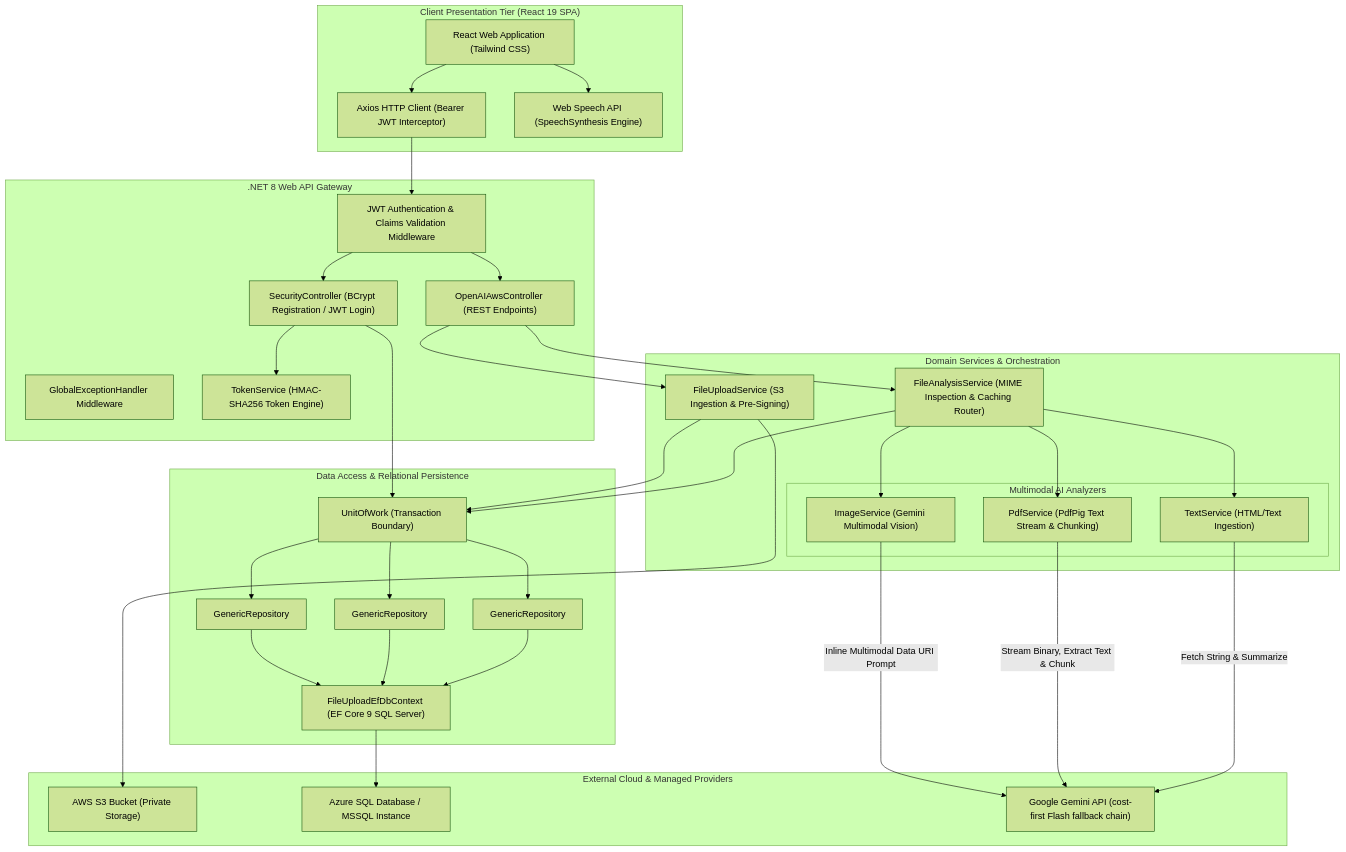
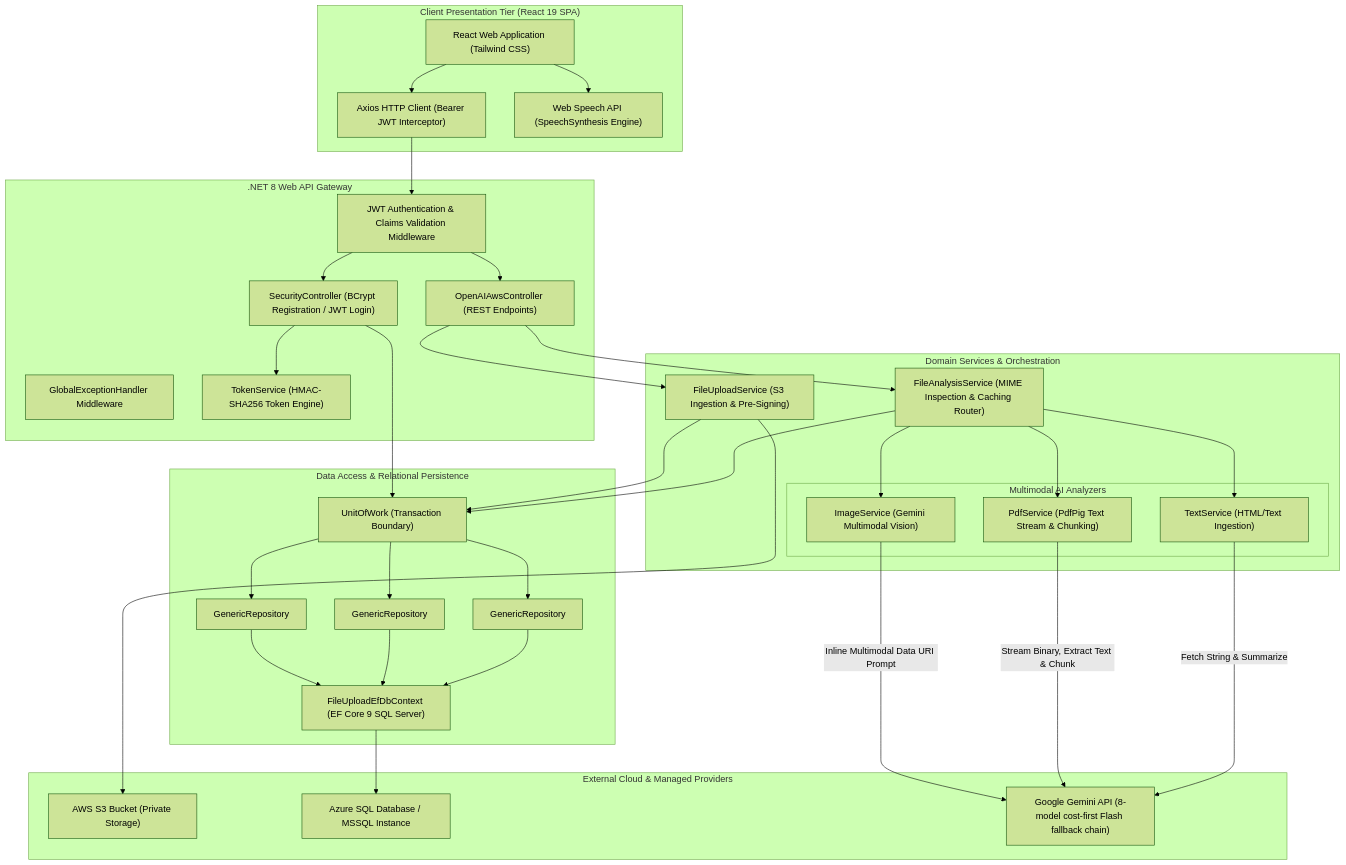
Before and after one commit to BradshawAsher/aws-file-analyzer: the diagram in architecture.md, drawn with Mermaid (forest theme). The commit also changed other lines of this file and 4 other files, not shown here.

````diff
--- a/architecture.md
+++ b/architecture.md
@@ -11,78 +11,78 @@
 ```mermaid
 flowchart TB
     subgraph ClientLayer ["Client Presentation Tier (React 19 SPA)"]
         UI["React Web Application (Tailwind CSS)"]
         AxiosClient["Axios HTTP Client (Bearer JWT Interceptor)"]
         WebSpeech["Web Speech API (SpeechSynthesis Engine)"]
     end
 
     subgraph ApiGateway [".NET 8 Web API Gateway"]
         AuthMiddleware["JWT Authentication & Claims Validation Middleware"]
         MainCtrl["OpenAIAwsController (REST Endpoints)"]
         SecCtrl["SecurityController (BCrypt Registration / JWT Login)"]
         ExcMiddleware["GlobalExceptionHandler Middleware"]
         TokenSvc["TokenService (HMAC-SHA256 Token Engine)"]
     end
 
     subgraph ServiceLayer ["Domain Services & Orchestration"]
         UploadSvc["FileUploadService (S3 Ingestion & Pre-Signing)"]
         AnalysisSvc["FileAnalysisService (MIME Inspection & Caching Router)"]
         
         subgraph AiEngines ["Multimodal AI Analyzers"]
             ImgSvc["ImageService (Gemini Multimodal Vision)"]
             PdfSvc["PdfService (PdfPig Text Stream & Chunking)"]
             TxtSvc["TextService (HTML/Text Ingestion)"]
         end
     end
 
     subgraph DataLayer ["Data Access & Relational Persistence"]
         UoW["UnitOfWork (Transaction Boundary)"]
         RepoUpload["GenericRepository<FileUploadHistory>"]
         RepoAnalysis["GenericRepository<FileAnalysisResult>"]
         RepoUser["GenericRepository<UserLogin>"]
         DbContext["FileUploadEfDbContext (EF Core 9 SQL Server)"]
     end
 
     subgraph CloudServices ["External Cloud & Managed Providers"]
         S3["AWS S3 Bucket (Private Storage)"]
         AzureSql["Azure SQL Database / MSSQL Instance"]
-        GeminiApi["Google Gemini API (cost-first Flash fallback chain)"]
+        GeminiApi["Google Gemini API (8-model cost-first Flash fallback chain)"]
     end
 
     %% Client Interactions
     UI --> AxiosClient
     UI --> WebSpeech
     AxiosClient --> AuthMiddleware
     AuthMiddleware --> MainCtrl
     AuthMiddleware --> SecCtrl
 
     %% Security Flow
     SecCtrl --> TokenSvc
     SecCtrl --> UoW
 
     %% Controller to Services
     MainCtrl --> UploadSvc
     MainCtrl --> AnalysisSvc
 
     %% Service Execution
     UploadSvc --> S3
     UploadSvc --> UoW
     AnalysisSvc --> UoW
     AnalysisSvc --> ImgSvc
     AnalysisSvc --> PdfSvc
     AnalysisSvc --> TxtSvc
 
     %% AI Integrations
     ImgSvc -->|Inline Multimodal Data URI Prompt| GeminiApi
     PdfSvc -->|Stream Binary, Extract Text & Chunk| GeminiApi
     TxtSvc -->|Fetch String & Summarize| GeminiApi
 
     %% Persistence
     UoW --> RepoUpload
     UoW --> RepoAnalysis
     UoW --> RepoUser
     RepoUpload --> DbContext
     RepoAnalysis --> DbContext
     RepoUser --> DbContext
     DbContext --> AzureSql
 ```
````
